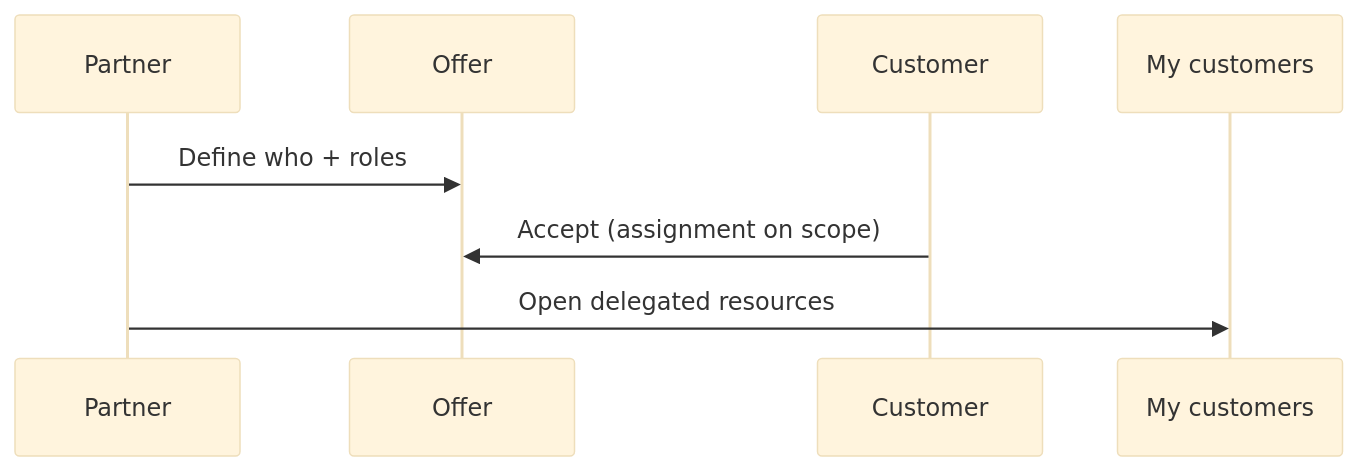
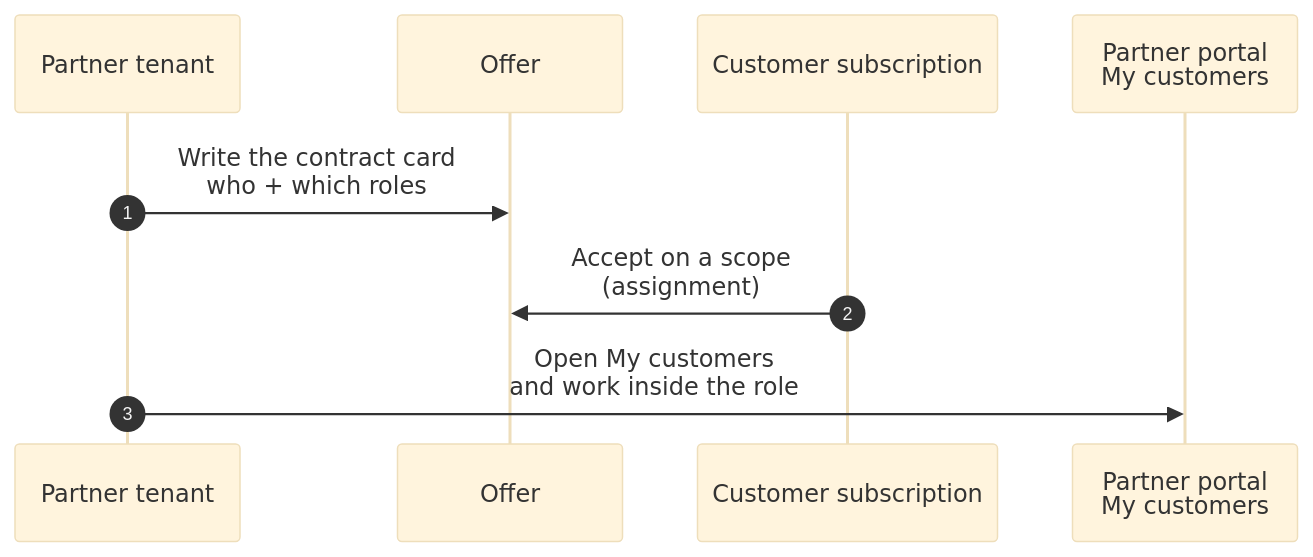
The sixth of 10 diagrams in Module_09_Azure_Lighthouse/09_Azure_Lighthouse_Concepts.md (atingupta2005/adx-aws-training-aug-26), drawn with Mermaid before and after one commit. The commit also changed other lines of this file, not shown here.

````diff
--- a/Module_09_Azure_Lighthouse/09_Azure_Lighthouse_Concepts.md
+++ b/Module_09_Azure_Lighthouse/09_Azure_Lighthouse_Concepts.md
@@ -120,11 +208,12 @@
 ```mermaid
 %%{init: {"theme":"base","sequenceDiagram":{"mirrorActors":false}}}%%
 sequenceDiagram
-  participant Partner
-  participant Offer
-  participant Customer
-  participant Portal as My customers
-  Partner->>Offer: Define who + roles
-  Customer->>Offer: Accept (assignment on scope)
-  Partner->>Portal: Open delegated resources
+  autonumber
+  participant Partner as Partner tenant
+  participant Offer as Offer
+  participant Customer as Customer subscription
+  participant Portal as Partner portal<br/>My customers
+  Partner->>Offer: Write the contract card<br/>who + which roles
+  Customer->>Offer: Accept on a scope<br/>(assignment)
+  Partner->>Portal: Open My customers<br/>and work inside the role
 ```
````
